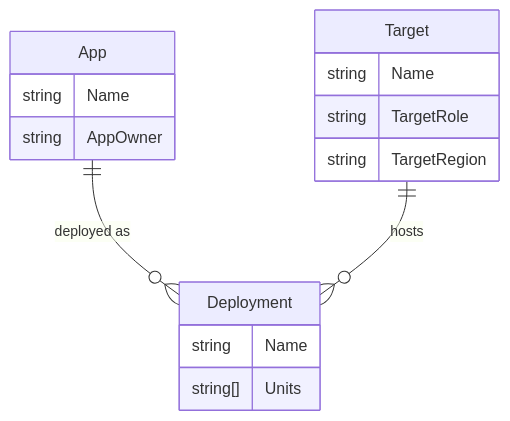
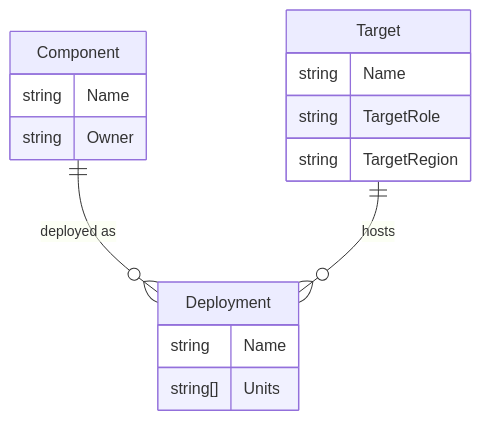
The diagram in promotion-demo-data/README.md (confighub/examples), drawn with Mermaid before and after one commit. The commit also changed other lines of this file and 2 other files, not shown here.

First line of the commit message:
promotion-demo-data: rename App→Component, AppOwner→Owner labels

````diff
--- a/promotion-demo-data/README.md
+++ b/promotion-demo-data/README.md
@@ -32,18 +32,18 @@
 ```mermaid
 erDiagram
-    App ||--o{ Deployment : "deployed as"
+    Component ||--o{ Deployment : "deployed as"
     Target ||--o{ Deployment : "hosts"
-    App {
+    Component {
         string Name
-        string AppOwner
+        string Owner
     }
     Target {
         string Name
         string TargetRole
         string TargetRegion
     }
     Deployment {
         string Name
         string[] Units
     }
 ```
````
